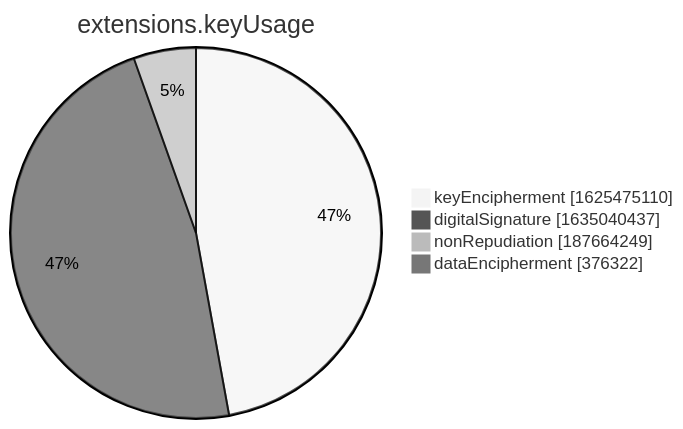
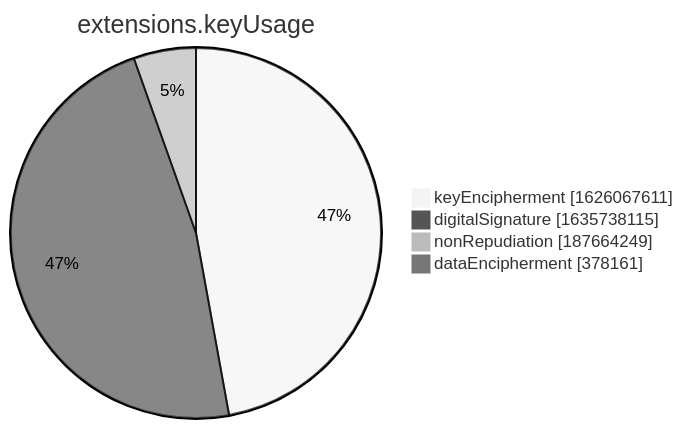
One commit to christiankrug/ctmonitor_visualization changed the seventh of 15 diagrams in xenon2022/README.md. Above: the diagram before and after it, drawn with Mermaid (neutral theme). The commit also changed other lines of this file, not shown here.

````diff
--- a/xenon2022/README.md
+++ b/xenon2022/README.md
@@ -2855,8 +2855,8 @@
 ```mermaid
 pie showData
 title extensions.keyUsage
-"keyEncipherment" :1625475110
-"digitalSignature" :1635040437
+"keyEncipherment" :1626067611
+"digitalSignature" :1635738115
 "nonRepudiation" :187664249
-"dataEncipherment" :376322
+"dataEncipherment" :378161
 ```
````
